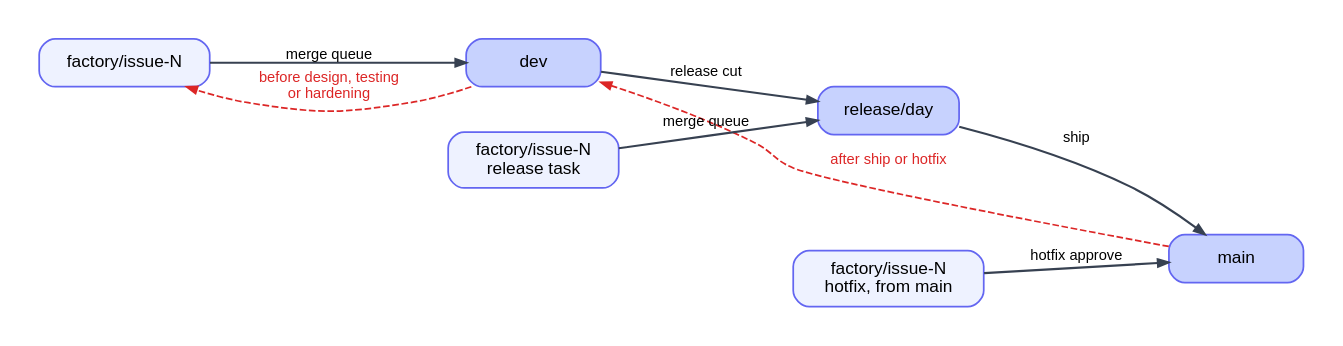
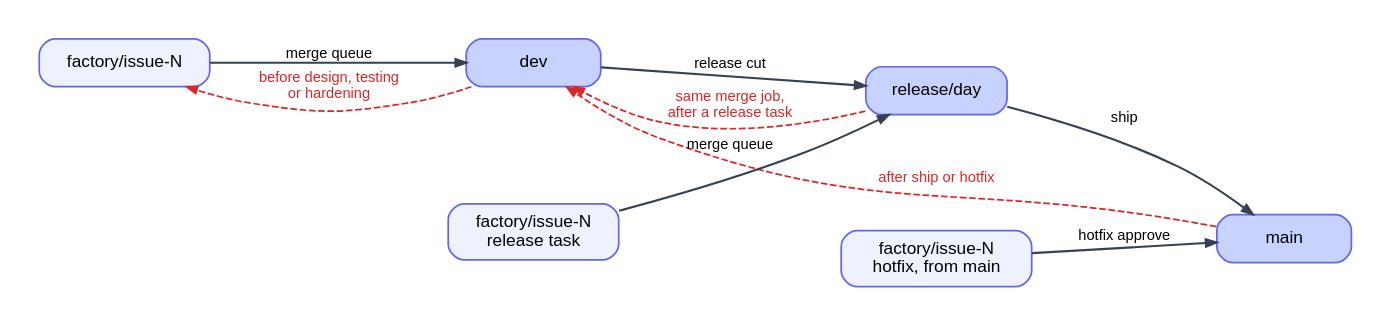
The diagram in factory/docs/diagrams/branches.dot (ROAM-game-org/road-machiners), drawn with Graphviz before and after one commit. The commit also changed 20 other files, not shown here.

First line of the commit message:
RC game reports become release tasks, and approved release tasks land on the release and dev (#1317)

```diff
--- a/factory/docs/diagrams/branches.dot
+++ b/factory/docs/diagrams/branches.dot
@@ -1,13 +1,14 @@
 // Branches. Each arrow is a merge.
 digraph branches {
   rankdir=LR; nodesep=0.35; ranksep=0.8; bgcolor=white; pad=0.3;
   node [shape=box, style="rounded,filled", fillcolor="#eef2ff", color="#6366f1", fontname="Helvetica", fontsize=13, margin="0.2,0.1", penwidth=1.3, width=1.4];
   edge [color="#374151", penwidth=1.6, arrowsize=0.8, fontname="Helvetica", fontsize=11];
   issue [label="factory/issue-N"]; dev [label="dev", fillcolor="#c7d2fe"]; rel [label="release/day", fillcolor="#c7d2fe"]; main [label="main", fillcolor="#c7d2fe"];
   task [label="factory/issue-N\nrelease task"]; hotfix [label="factory/issue-N\nhotfix, from main"];
   issue -> dev [label="merge queue"]; dev -> rel [label="release cut"]; rel -> main [label="ship"];
   task -> rel [label="merge queue"]; hotfix -> main [label="hotfix approve"];
   edge [color="#dc2626", fontcolor="#dc2626", style=dashed, penwidth=1.3];
   main -> dev [label="after ship or hotfix", constraint=false];
+  rel -> dev [label="same merge job,\nafter a release task", constraint=false];
   dev -> issue [label="before design, testing\nor hardening", constraint=false];
 }
```
